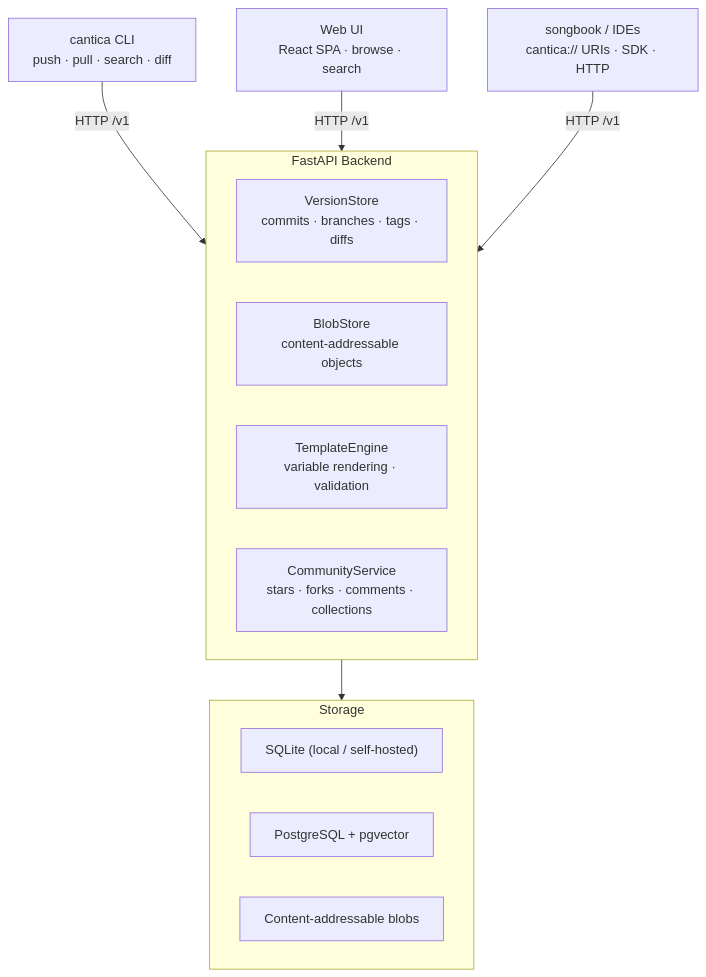
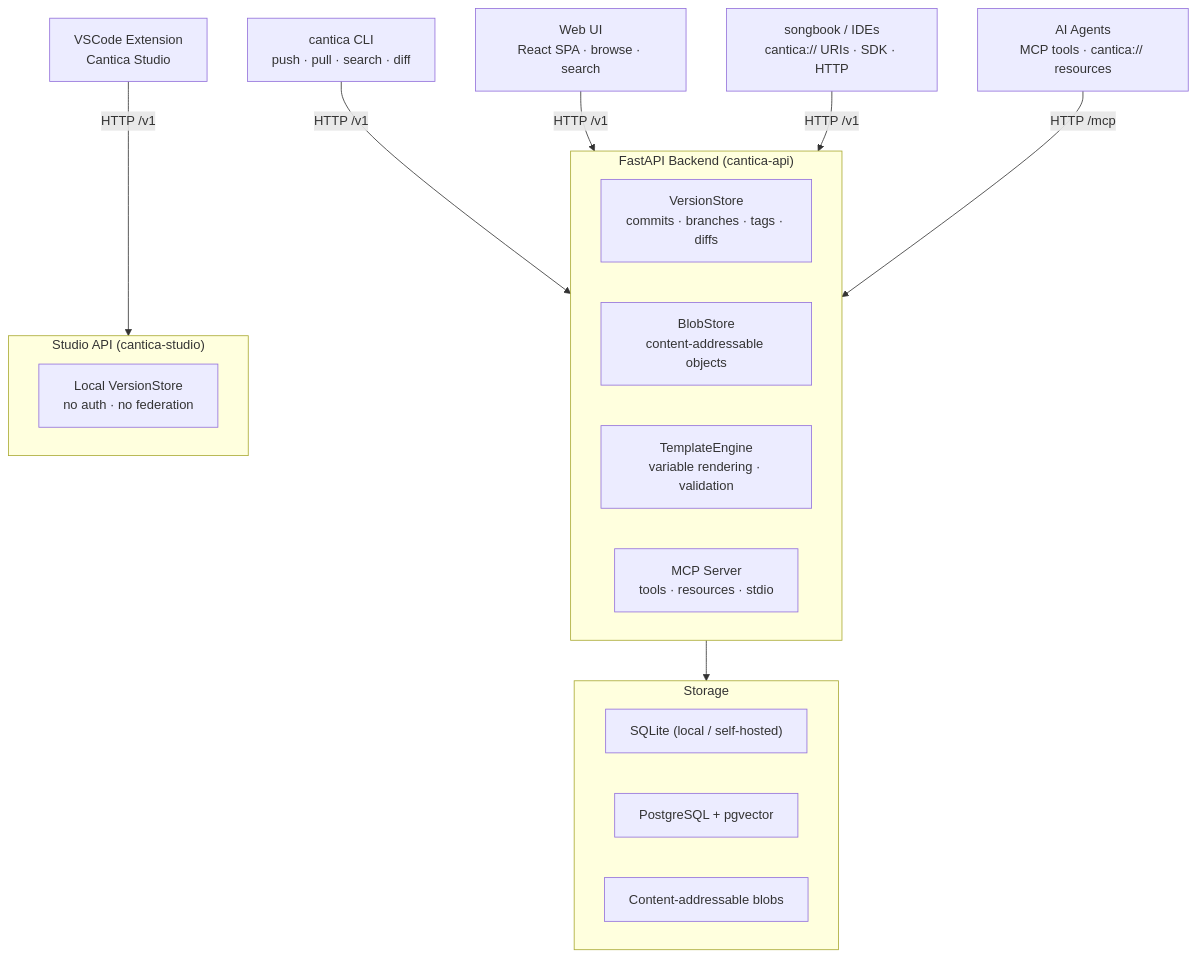
Before and after one commit to oliben67/cantica: the diagram in README.md, drawn with Mermaid. The commit also changed other lines of this file, not shown here.

Commit message:
docs: update monorepo README and submodule refs
- Correct monorepo tree: cantica-frontend → cantica-web, add cantica-studio
- Add cantica-studio row to sub-project table
- Update architecture diagram with MCP layer and Studio API
- Add CANTICA_MCP_API_KEY to configuration table
- Bump submodule refs: cantica-api (MCP server), cantica-web (README),
  cantica-studio (README)

````diff
--- a/README.md
+++ b/README.md
@@ -40,25 +42,33 @@
 ```mermaid
 graph TD
     CLI["cantica CLI<br/>push · pull · search · diff"]
     UI["Web UI<br/>React SPA · browse · search"]
     SDK["songbook / IDEs<br/>cantica:// URIs · SDK · HTTP"]
+    AGENT["AI Agents<br/>MCP tools · cantica:// resources"]
+    VSCODE["VSCode Extension<br/>Cantica Studio"]
 
-    CLI -->|HTTP /v1| API
-    UI  -->|HTTP /v1| API
-    SDK -->|HTTP /v1| API
+    CLI   -->|HTTP /v1| API
+    UI    -->|HTTP /v1| API
+    SDK   -->|HTTP /v1| API
+    AGENT -->|HTTP /mcp| API
+    VSCODE -->|HTTP /v1| STUDIO
 
-    subgraph API["FastAPI Backend"]
+    subgraph API["FastAPI Backend (cantica-api)"]
         VS["VersionStore<br/>commits · branches · tags · diffs"]
         BS["BlobStore<br/>content-addressable objects"]
         TE["TemplateEngine<br/>variable rendering · validation"]
-        CS["CommunityService<br/>stars · forks · comments · collections"]
+        MCP["MCP Server<br/>tools · resources · stdio"]
+    end
+
+    subgraph STUDIO["Studio API (cantica-studio)"]
+        LST["Local VersionStore<br/>no auth · no federation"]
     end
 
     API --> DB
 
     subgraph DB["Storage"]
         SQ["SQLite (local / self-hosted)"]
         PG["PostgreSQL + pgvector"]
         BL["Content-addressable blobs"]
     end
 ```
````
